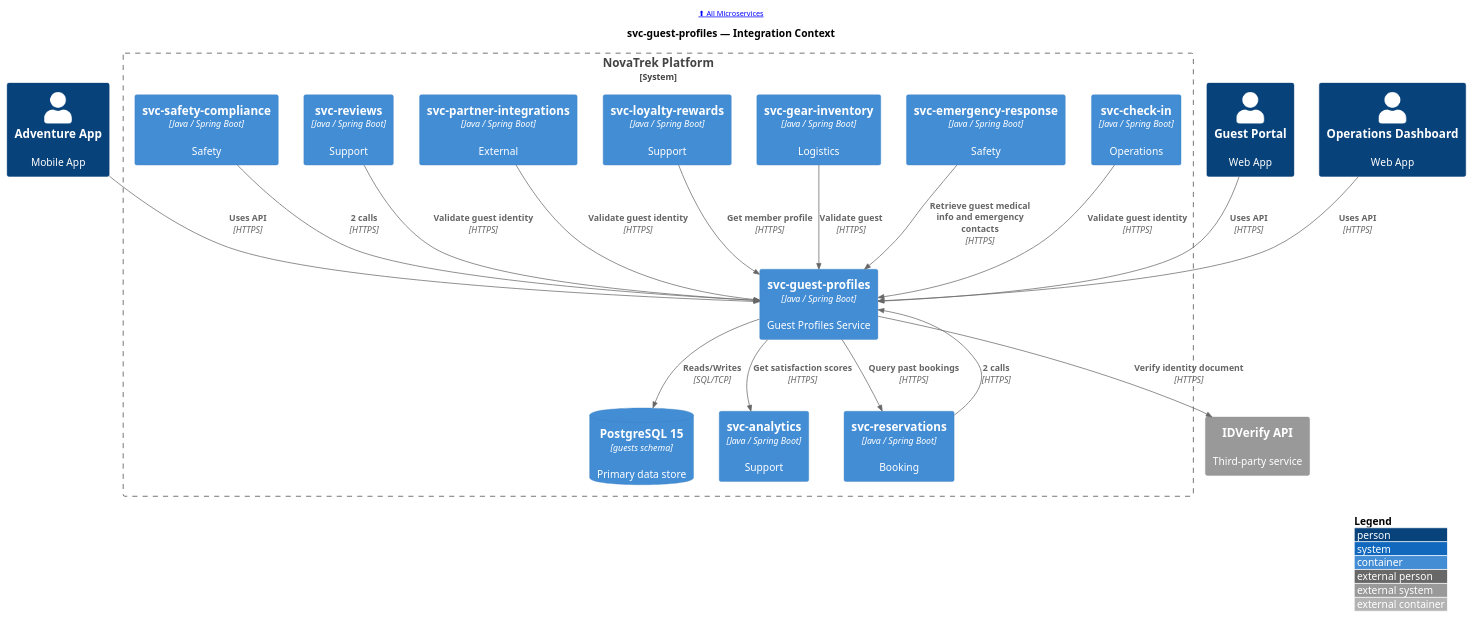
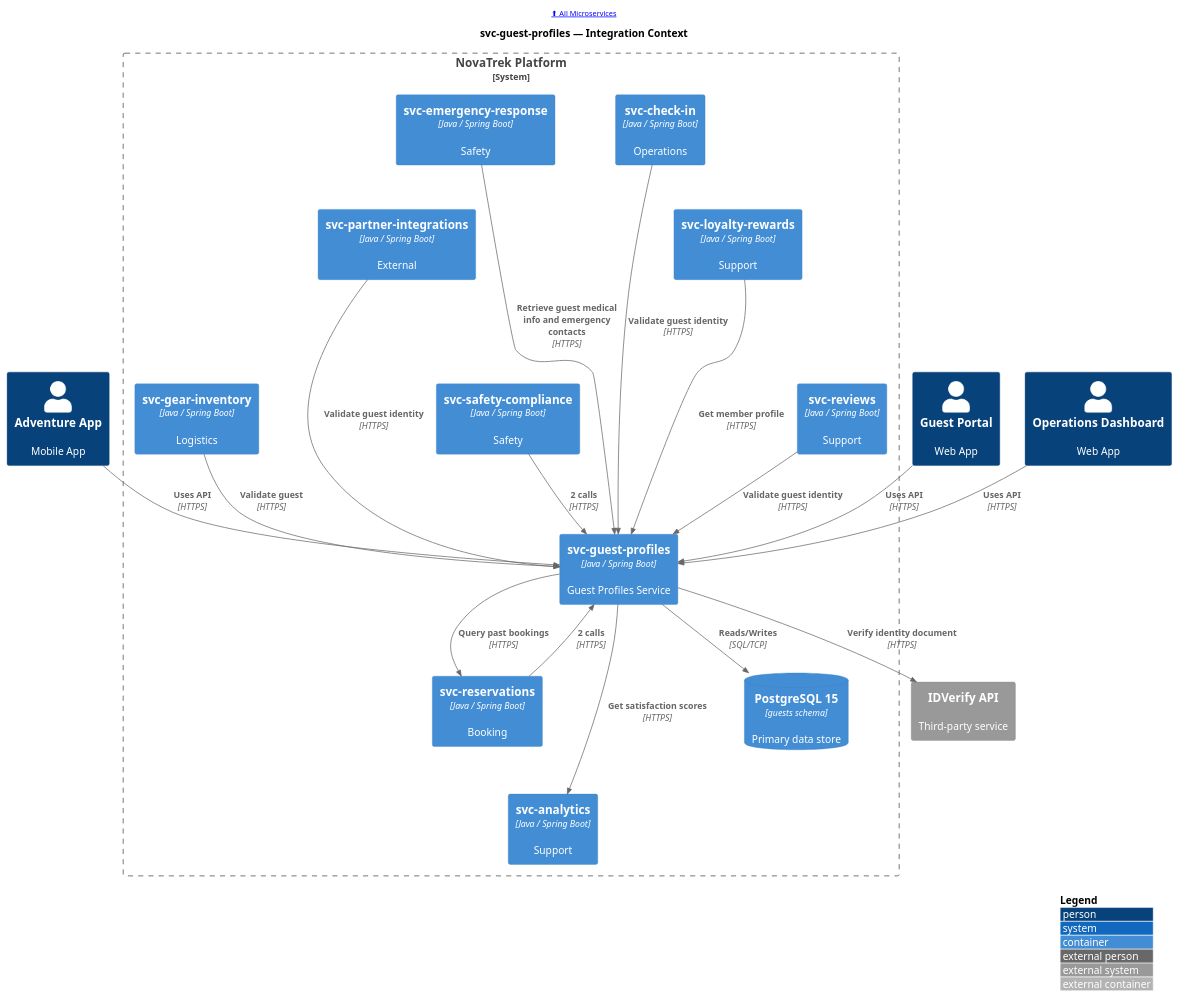
The diagram in portal/docs/microservices/puml/svc-guest-profiles--c4-context.puml (christopherblaisdell/continuous-architecture-platform-poc), drawn with PlantUML before and after one commit. The commit also changed 22 other files, not shown here.

First line of the commit message:
fix: restructure event-flow and C4 context diagram layouts for better aspect ratios

```diff
--- a/portal/docs/microservices/puml/svc-guest-profiles--c4-context.puml
+++ b/portal/docs/microservices/puml/svc-guest-profiles--c4-context.puml
@@ -1,47 +1,55 @@
 @startuml
 !include <c4/C4_Container>
 
 LAYOUT_WITH_LEGEND()
 LAYOUT_TOP_DOWN()
 
 header [[/microservices/ ⬆ All Microservices]]
 
 title svc-guest-profiles — Integration Context
 
 Person(app_guest_mobile, "Adventure App", "Mobile App", $link="/applications/app-guest-mobile/#service-dependencies")
 Person(web_guest_portal, "Guest Portal", "Web App", $link="/applications/web-guest-portal/#service-dependencies")
 Person(web_ops_dashboard, "Operations Dashboard", "Web App", $link="/applications/web-ops-dashboard/#service-dependencies")
 
 System_Boundary(boundary, "NovaTrek Platform") {
     Container(svc_guest_profiles, "svc-guest-profiles", "Java / Spring Boot", "Guest Profiles Service", $link="/microservices/svc-guest-profiles/")
     ContainerDb(svc_guest_profiles_db, "PostgreSQL 15", "guests schema", "Primary data store", $link="/microservices/svc-guest-profiles/#data-store")
     Container(svc_check_in, "svc-check-in", "Java / Spring Boot", "Operations", $link="/microservices/svc-check-in/#integration-context")
     Container(svc_emergency_response, "svc-emergency-response", "Java / Spring Boot", "Safety", $link="/microservices/svc-emergency-response/#integration-context")
     Container(svc_gear_inventory, "svc-gear-inventory", "Java / Spring Boot", "Logistics", $link="/microservices/svc-gear-inventory/#integration-context")
     Container(svc_loyalty_rewards, "svc-loyalty-rewards", "Java / Spring Boot", "Support", $link="/microservices/svc-loyalty-rewards/#integration-context")
     Container(svc_partner_integrations, "svc-partner-integrations", "Java / Spring Boot", "External", $link="/microservices/svc-partner-integrations/#integration-context")
     Container(svc_reservations, "svc-reservations", "Java / Spring Boot", "Booking", $link="/microservices/svc-reservations/#integration-context")
     Container(svc_reviews, "svc-reviews", "Java / Spring Boot", "Support", $link="/microservices/svc-reviews/#integration-context")
     Container(svc_safety_compliance, "svc-safety-compliance", "Java / Spring Boot", "Safety", $link="/microservices/svc-safety-compliance/#integration-context")
     Container(svc_analytics, "svc-analytics", "Java / Spring Boot", "Support", $link="/microservices/svc-analytics/#integration-context")
 }
 
 System_Ext(IDVerify_API, "IDVerify API", "Third-party service", $link="/actors/#idverify-api")
 
 Rel(app_guest_mobile, svc_guest_profiles, "Uses API", "HTTPS")
 Rel(web_guest_portal, svc_guest_profiles, "Uses API", "HTTPS")
 Rel(web_ops_dashboard, svc_guest_profiles, "Uses API", "HTTPS")
 Rel(svc_check_in, svc_guest_profiles, "Validate guest identity", "HTTPS")
 Rel(svc_emergency_response, svc_guest_profiles, "Retrieve guest medical info and emergency contacts", "HTTPS")
 Rel(svc_gear_inventory, svc_guest_profiles, "Validate guest", "HTTPS")
 Rel(svc_loyalty_rewards, svc_guest_profiles, "Get member profile", "HTTPS")
 Rel(svc_partner_integrations, svc_guest_profiles, "Validate guest identity", "HTTPS")
 Rel(svc_reservations, svc_guest_profiles, "2 calls", "HTTPS")
 Rel(svc_reviews, svc_guest_profiles, "Validate guest identity", "HTTPS")
 Rel(svc_safety_compliance, svc_guest_profiles, "2 calls", "HTTPS")
 Rel(svc_guest_profiles, svc_guest_profiles_db, "Reads/Writes", "SQL/TCP")
 Rel(svc_guest_profiles, svc_analytics, "Get satisfaction scores", "HTTPS")
 Rel(svc_guest_profiles, svc_reservations, "Query past bookings", "HTTPS")
 Rel(svc_guest_profiles, IDVerify_API, "Verify identity document", "HTTPS")
 
+' Layout hints: stack peers in columns
+Lay_D(svc_check_in, svc_loyalty_rewards)
+Lay_D(svc_emergency_response, svc_partner_integrations)
+Lay_D(svc_gear_inventory, svc_reservations)
+Lay_D(svc_loyalty_rewards, svc_reviews)
+Lay_D(svc_partner_integrations, svc_safety_compliance)
+Lay_D(svc_reservations, svc_analytics)
+
 @enduml
```
